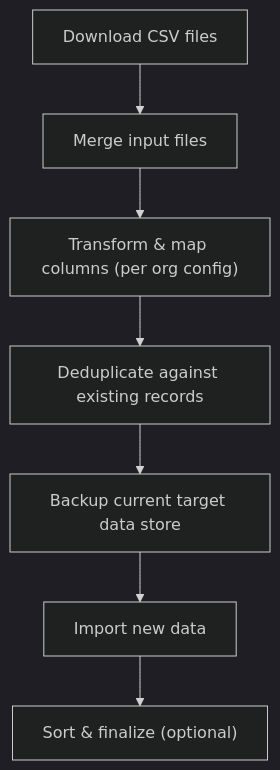
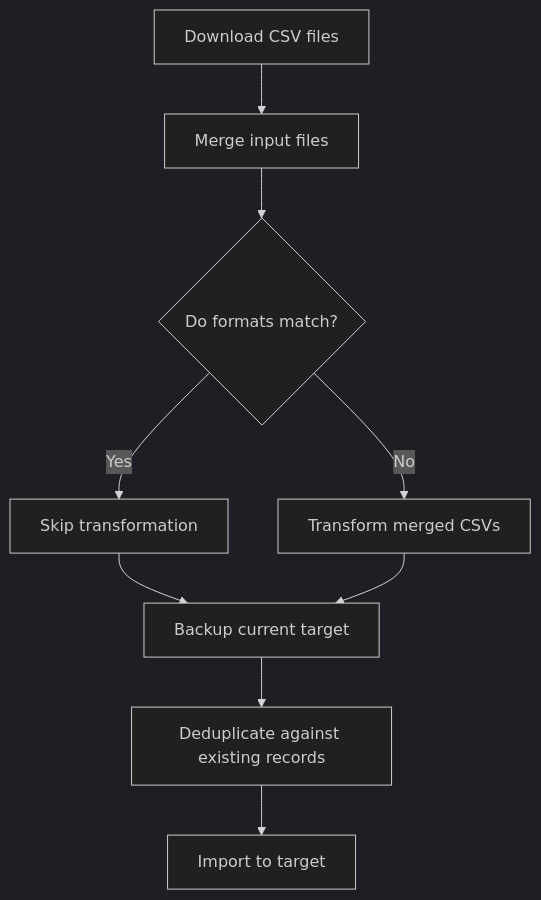
Before and after one commit to vrwmiller/myip: the diagram in docs/csvimport.md, drawn with Mermaid (dark theme).

Commit message:
Update Mermaid workflow diagram in csvimport.md to match correct process

````diff
--- a/docs/csvimport.md
+++ b/docs/csvimport.md
@@ -54,9 +54,11 @@
 ```mermaid
 flowchart TD
-  A["Download CSV files"] --> B["Merge input files"]
-  B --> C["Transform & map columns (per org config)"]
-  C --> D["Deduplicate against existing records"]
-  D --> E["Backup current target data store"]
-  E --> F["Import new data"]
-  F --> G["Sort & finalize (optional)"]
+  A[Download CSV files] --> B[Merge input files]
+  B --> C{Do formats match?}
+  C -- Yes --> D[Skip transformation]
+  C -- No --> E[Transform merged CSVs]
+  D --> F[Backup current target]
+  E --> F[Backup current target]
+  F --> G[Deduplicate against existing records]
+  G --> H[Import to target]
 ```
````
